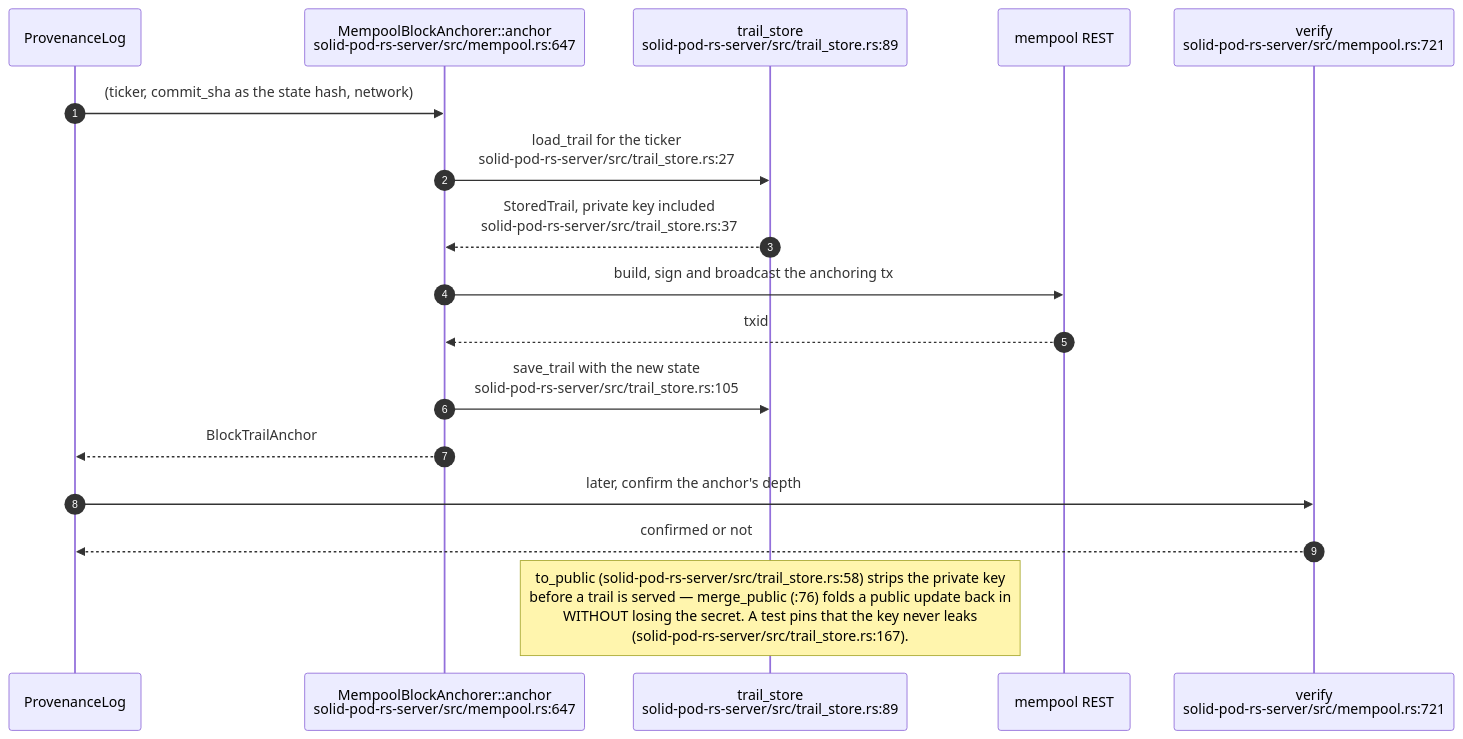
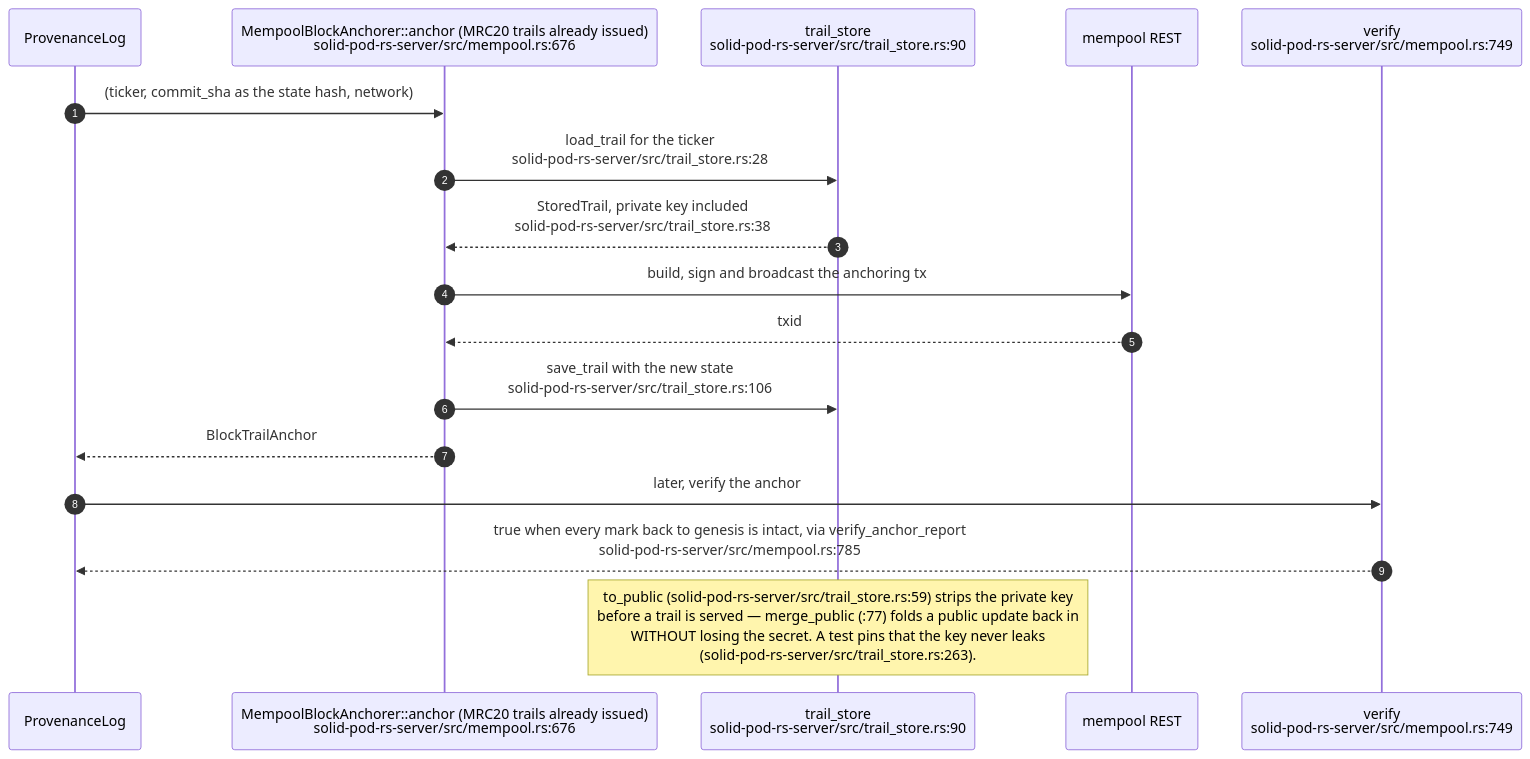
One commit to DreamLab-AI/VisionFlow changed diagram 11 of 19 in docs/diagrams/solid-pod-rs/07-provenance-and-payments.md. Above: the diagram before and after it, drawn with Mermaid. The commit also changed other lines of this file and 26 other files, not shown here.

First line of the commit message:
docs(diagrams): re-verify solid-pod-rs, nostr-rust-forum and visionclaw 22/36 against HEAD

````diff
--- a/docs/diagrams/solid-pod-rs/07-provenance-and-payments.md
+++ b/docs/diagrams/solid-pod-rs/07-provenance-and-payments.md
@@ -315,21 +338,21 @@
 ```mermaid
 sequenceDiagram
     autonumber
     participant P as ProvenanceLog
-    participant A as MempoolBlockAnchorer::anchor<br/>solid-pod-rs-server/src/mempool.rs:647
-    participant TS as trail_store<br/>solid-pod-rs-server/src/trail_store.rs:89
+    participant A as MempoolBlockAnchorer::anchor (MRC20 trails already issued)<br/>solid-pod-rs-server/src/mempool.rs:676
+    participant TS as trail_store<br/>solid-pod-rs-server/src/trail_store.rs:90
     participant M as mempool REST
-    participant V as verify<br/>solid-pod-rs-server/src/mempool.rs:721
+    participant V as verify<br/>solid-pod-rs-server/src/mempool.rs:749
 
     P->>A: (ticker, commit_sha as the state hash, network)
-    A->>TS: load_trail for the ticker<br/>solid-pod-rs-server/src/trail_store.rs:27
-    TS-->>A: StoredTrail, private key included<br/>solid-pod-rs-server/src/trail_store.rs:37
+    A->>TS: load_trail for the ticker<br/>solid-pod-rs-server/src/trail_store.rs:28
+    TS-->>A: StoredTrail, private key included<br/>solid-pod-rs-server/src/trail_store.rs:38
     A->>M: build, sign and broadcast the anchoring tx
     M-->>A: txid
-    A->>TS: save_trail with the new state<br/>solid-pod-rs-server/src/trail_store.rs:105
+    A->>TS: save_trail with the new state<br/>solid-pod-rs-server/src/trail_store.rs:106
     A-->>P: BlockTrailAnchor
-    P->>V: later, confirm the anchor's depth
-    V-->>P: confirmed or not
+    P->>V: later, verify the anchor
+    V-->>P: true when every mark back to genesis is intact, via verify_anchor_report<br/>solid-pod-rs-server/src/mempool.rs:785
 
-    Note over TS: to_public (solid-pod-rs-server/src/trail_store.rs:58) strips the private key<br/>before a trail is served — merge_public (:76) folds a public update back in<br/>WITHOUT losing the secret. A test pins that the key never leaks<br/>(solid-pod-rs-server/src/trail_store.rs:167).
+    Note over TS: to_public (solid-pod-rs-server/src/trail_store.rs:59) strips the private key<br/>before a trail is served — merge_public (:77) folds a public update back in<br/>WITHOUT losing the secret. A test pins that the key never leaks<br/>(solid-pod-rs-server/src/trail_store.rs:263).
 ```
````
